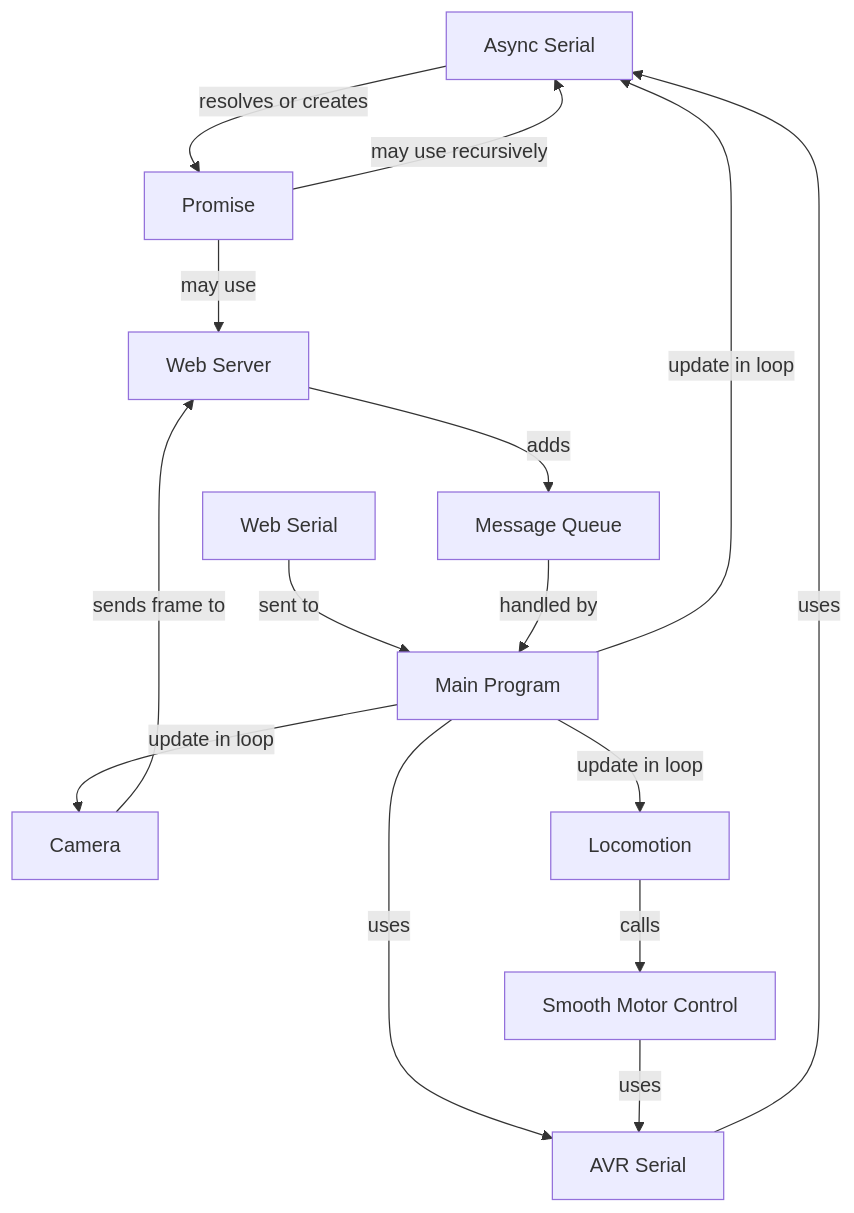
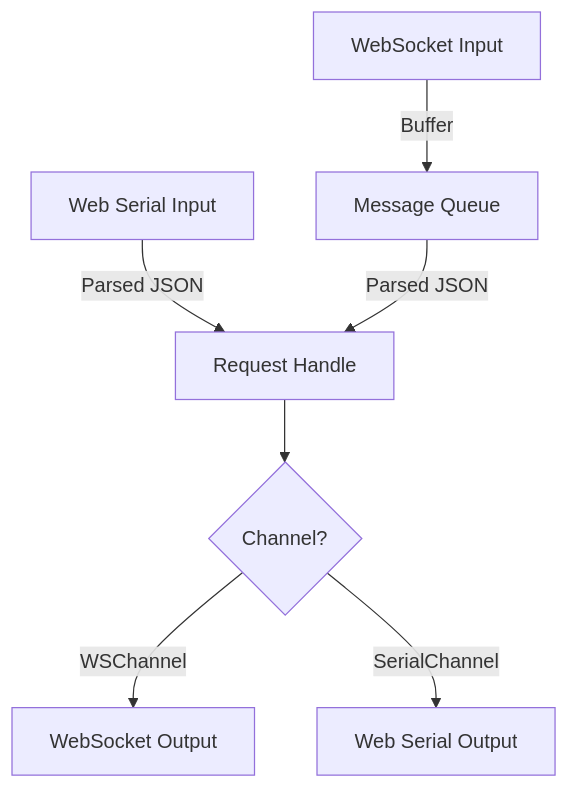
The second of 4 diagrams in README.md (weisrc/project-wrover), drawn with Mermaid before and after one commit. The commit also changed other lines of this file and 2 other files, not shown here.

````diff
--- a/README.md
+++ b/README.md
@@ -107,30 +127,17 @@
 ```mermaid
 flowchart TD
-    async[Async Serial]
-    main[Main Program]
-    avr[AVR Serial]
-    serial[Web Serial]
-    ws[Web Server]
-    cam[Camera]
-    locomotion[Locomotion]
-    smooth[Smooth Motor Control]
-    promise[Promise]
+    webserial_in[Web Serial Input]
+    websocket_in[WebSocket Input]
+    webserial_out[Web Serial Output]
+    websocket_out[WebSocket Output]
+    handle[Request Handle]
     queue[Message Queue]
 
-    serial -->|sent to| main
-    ws -->|adds| queue
-    queue -->|handled by| main
+    websocket_in -->|Buffer| queue
+    webserial_in -->|Parsed JSON| handle
 
-    main -->|uses| avr
-    main -->|update in loop| cam
-    main -->|update in loop| locomotion
-    locomotion -->|calls| smooth
-    smooth -->|uses| avr
-    cam -->|sends frame to| ws
-    avr -->|uses| async
-    main -->|update in loop| async
-    async -->|resolves or creates| promise
-    promise -->|may use recursively| async
-    promise -->|may use| ws
-
+    queue -->|Parsed JSON| handle
+    handle --> pivot{Channel?}
+    pivot -->|WSChannel| websocket_out
+    pivot -->|SerialChannel| webserial_out
 ```
````
